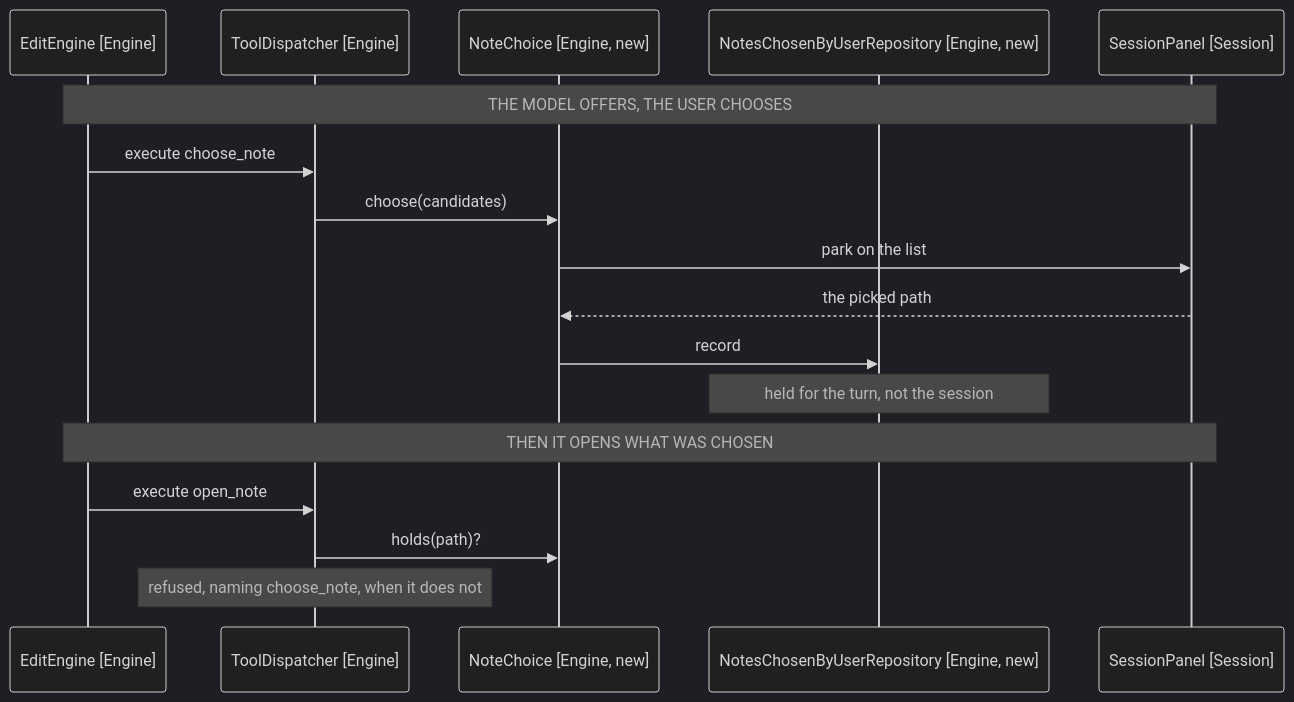
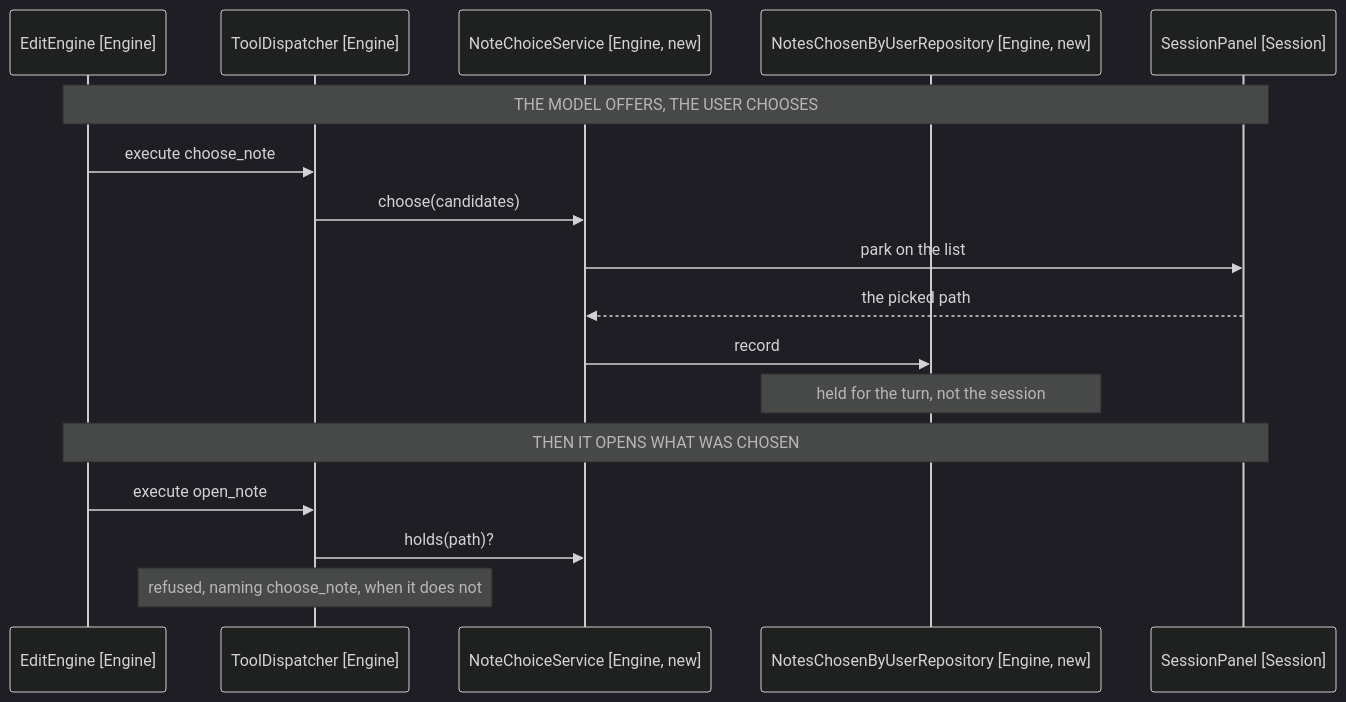
The second of 2 diagrams in docs/spec/14-choosing-the-note/3-component-design.md (iparips/obsidian-owl), drawn with Mermaid (dark theme) before and after one commit. The commit also changed other lines of this file and 43 other files, not shown here.

````diff
--- a/docs/spec/14-choosing-the-note/3-component-design.md
+++ b/docs/spec/14-choosing-the-note/3-component-design.md
@@ -225,21 +225,21 @@
 ```mermaid
 sequenceDiagram
     participant Engine as EditEngine [Engine]
     participant Dispatcher as ToolDispatcher [Engine]
-    participant Choice as NoteChoice [Engine, new]
+    participant Choice as NoteChoiceService [Engine, new]
     participant Chosen as NotesChosenByUserRepository [Engine, new]
     participant Panel as SessionPanel [Session]
 
     Note over Engine,Panel: THE MODEL OFFERS, THE USER CHOOSES
     Engine->>Dispatcher: execute choose_note
     Dispatcher->>Choice: choose(candidates)
     Choice->>Panel: park on the list
     Panel-->>Choice: the picked path
     Choice->>Chosen: record
     Note over Chosen: held for the turn, not the session
 
     Note over Engine,Panel: THEN IT OPENS WHAT WAS CHOSEN
     Engine->>Dispatcher: execute open_note
     Dispatcher->>Choice: holds(path)?
     Note over Dispatcher: refused, naming choose_note, when it does not
 ```
````
